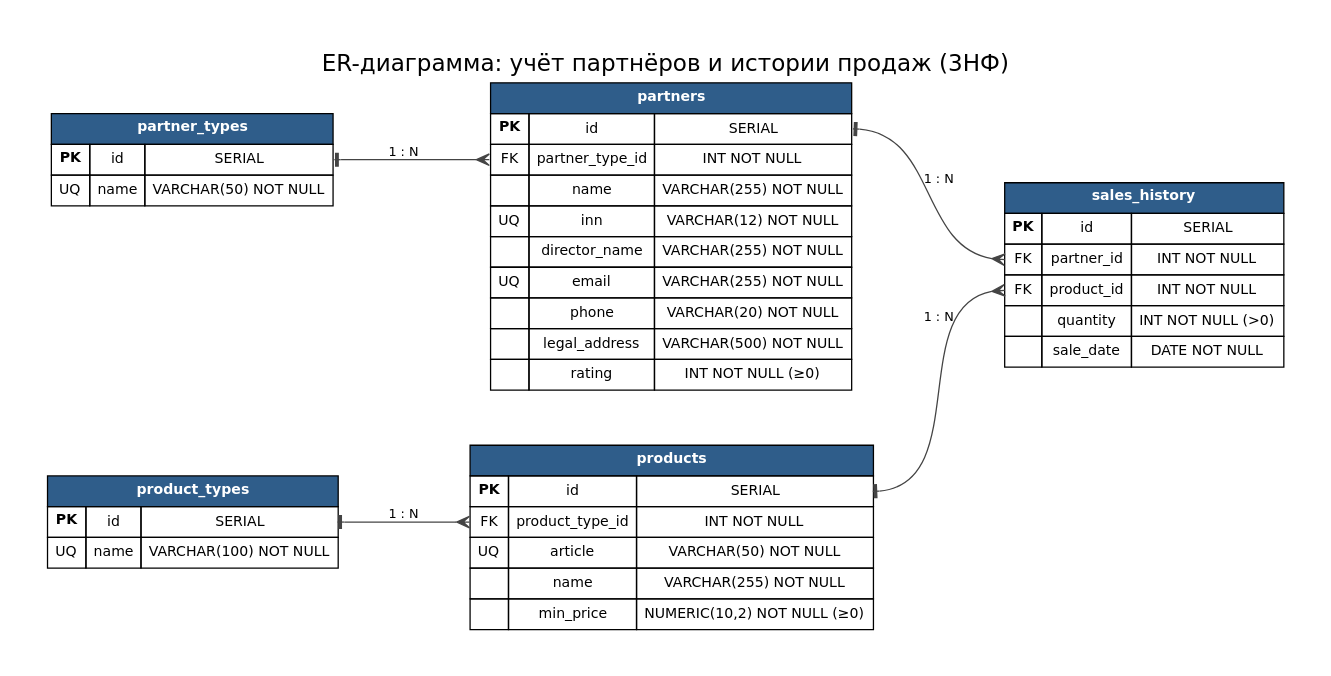
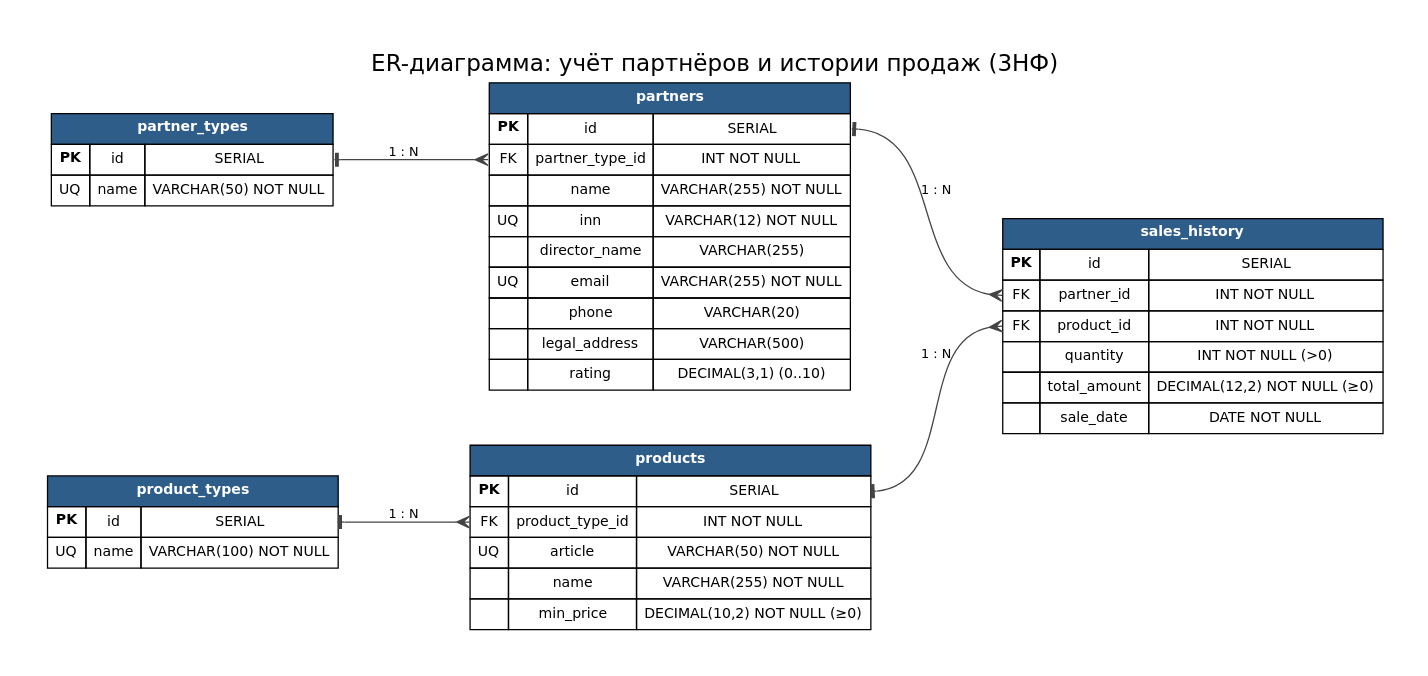
The diagram in учебная практика_07.09.2026/проектирование_бд_3nf/er_diagram.dot (Lyaviliy/uchebnaya-praktika), drawn with Graphviz before and after one commit. The commit also changed 17 other files, not shown here.

```diff
--- a/учебная практика_07.09.2026/проектирование_бд_3nf/er_diagram.dot
+++ b/учебная практика_07.09.2026/проектирование_бд_3nf/er_diagram.dot
@@ -1,58 +1,59 @@
 digraph ER {
   graph [rankdir=LR, fontname="DejaVu Sans", label="ER-диаграмма: учёт партнёров и истории продаж (3НФ)", labelloc=t, fontsize=18, pad=0.4, nodesep=0.6, ranksep=1.1];
   node  [shape=plain, fontname="DejaVu Sans", fontsize=11];
   edge  [fontname="DejaVu Sans", fontsize=10, arrowhead=crow, arrowtail=tee, dir=both, color="#444444"];
 
   partner_types [label=<
   <table border="0" cellborder="1" cellspacing="0" cellpadding="5">
     <tr><td colspan="3" bgcolor="#2f5d8a"><font color="white"><b>partner_types</b></font></td></tr>
     <tr><td><b>PK</b></td><td>id</td><td port="id">SERIAL</td></tr>
     <tr><td>UQ</td><td>name</td><td>VARCHAR(50) NOT NULL</td></tr>
   </table>>];
 
   partners [label=<
   <table border="0" cellborder="1" cellspacing="0" cellpadding="5">
     <tr><td colspan="3" bgcolor="#2f5d8a"><font color="white"><b>partners</b></font></td></tr>
     <tr><td><b>PK</b></td><td>id</td><td port="id">SERIAL</td></tr>
     <tr><td port="type">FK</td><td>partner_type_id</td><td>INT NOT NULL</td></tr>
     <tr><td></td><td>name</td><td>VARCHAR(255) NOT NULL</td></tr>
     <tr><td>UQ</td><td>inn</td><td>VARCHAR(12) NOT NULL</td></tr>
-    <tr><td></td><td>director_name</td><td>VARCHAR(255) NOT NULL</td></tr>
+    <tr><td></td><td>director_name</td><td>VARCHAR(255)</td></tr>
     <tr><td>UQ</td><td>email</td><td>VARCHAR(255) NOT NULL</td></tr>
-    <tr><td></td><td>phone</td><td>VARCHAR(20) NOT NULL</td></tr>
-    <tr><td></td><td>legal_address</td><td>VARCHAR(500) NOT NULL</td></tr>
-    <tr><td></td><td>rating</td><td>INT NOT NULL (≥0)</td></tr>
+    <tr><td></td><td>phone</td><td>VARCHAR(20)</td></tr>
+    <tr><td></td><td>legal_address</td><td>VARCHAR(500)</td></tr>
+    <tr><td></td><td>rating</td><td>DECIMAL(3,1) (0..10)</td></tr>
   </table>>];
 
   product_types [label=<
   <table border="0" cellborder="1" cellspacing="0" cellpadding="5">
     <tr><td colspan="3" bgcolor="#2f5d8a"><font color="white"><b>product_types</b></font></td></tr>
     <tr><td><b>PK</b></td><td>id</td><td port="id">SERIAL</td></tr>
     <tr><td>UQ</td><td>name</td><td>VARCHAR(100) NOT NULL</td></tr>
   </table>>];
 
   products [label=<
   <table border="0" cellborder="1" cellspacing="0" cellpadding="5">
     <tr><td colspan="3" bgcolor="#2f5d8a"><font color="white"><b>products</b></font></td></tr>
     <tr><td><b>PK</b></td><td>id</td><td port="id">SERIAL</td></tr>
     <tr><td port="type">FK</td><td>product_type_id</td><td>INT NOT NULL</td></tr>
     <tr><td>UQ</td><td>article</td><td>VARCHAR(50) NOT NULL</td></tr>
     <tr><td></td><td>name</td><td>VARCHAR(255) NOT NULL</td></tr>
-    <tr><td></td><td>min_price</td><td>NUMERIC(10,2) NOT NULL (≥0)</td></tr>
+    <tr><td></td><td>min_price</td><td>DECIMAL(10,2) NOT NULL (≥0)</td></tr>
   </table>>];
 
   sales_history [label=<
   <table border="0" cellborder="1" cellspacing="0" cellpadding="5">
     <tr><td colspan="3" bgcolor="#2f5d8a"><font color="white"><b>sales_history</b></font></td></tr>
     <tr><td><b>PK</b></td><td>id</td><td port="id">SERIAL</td></tr>
     <tr><td port="partner">FK</td><td>partner_id</td><td>INT NOT NULL</td></tr>
     <tr><td port="product">FK</td><td>product_id</td><td>INT NOT NULL</td></tr>
     <tr><td></td><td>quantity</td><td>INT NOT NULL (&gt;0)</td></tr>
+    <tr><td></td><td>total_amount</td><td>DECIMAL(12,2) NOT NULL (≥0)</td></tr>
     <tr><td></td><td>sale_date</td><td>DATE NOT NULL</td></tr>
   </table>>];
 
   partner_types:id:e -> partners:type:w [label="1 : N"];
   product_types:id:e -> products:type:w [label="1 : N"];
   partners:id:e -> sales_history:partner:w [label="1 : N"];
   products:id:e -> sales_history:product:w [label="1 : N"];
 }
```
